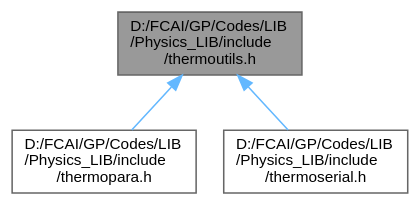
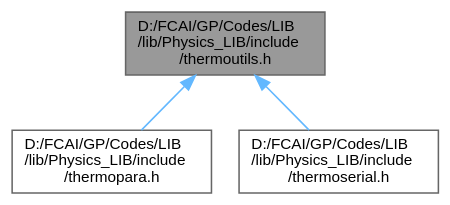
Before and after one commit to Computational-science-based-on-HPC/Computational-science-based-on-HPC.github.i: the diagram in thermoutils_8h__dep__incl.dot, drawn with Graphviz. The commit also changed 103 other files, not shown here.

```diff
--- a/thermoutils_8h__dep__incl.dot
+++ b/thermoutils_8h__dep__incl.dot
@@ -1,12 +1,12 @@
-digraph "D:/FCAI/GP/Codes/LIB/Physics_LIB/include/thermoutils.h"
+digraph "D:/FCAI/GP/Codes/LIB/lib/Physics_LIB/include/thermoutils.h"
 {
  // LATEX_PDF_SIZE
   bgcolor="transparent";
   edge [fontname=Helvetica,fontsize=10,labelfontname=Helvetica,labelfontsize=10];
   node [fontname=Helvetica,fontsize=10,shape=box,height=0.2,width=0.4];
-  Node1 [id="Node000001",label="D:/FCAI/GP/Codes/LIB\l/Physics_LIB/include\l/thermoutils.h",height=0.2,width=0.4,color="gray40", fillcolor="grey60", style="filled", fontcolor="black",tooltip=" "];
+  Node1 [id="Node000001",label="D:/FCAI/GP/Codes/LIB\l/lib/Physics_LIB/include\l/thermoutils.h",height=0.2,width=0.4,color="gray40", fillcolor="grey60", style="filled", fontcolor="black",tooltip="This file contains the utility functions used by the heat transfer simulation in 1D and 2D to help in..."];
   Node1 -> Node2 [id="edge1_Node000001_Node000002",dir="back",color="steelblue1",style="solid",tooltip=" "];
-  Node2 [id="Node000002",label="D:/FCAI/GP/Codes/LIB\l/Physics_LIB/include\l/thermopara.h",height=0.2,width=0.4,color="grey40", fillcolor="white", style="filled",URL="$thermopara_8h.html",tooltip="This file contains the implementation of the parallel version of the heat transfer simulation in 1D a..."];
+  Node2 [id="Node000002",label="D:/FCAI/GP/Codes/LIB\l/lib/Physics_LIB/include\l/thermopara.h",height=0.2,width=0.4,color="grey40", fillcolor="white", style="filled",URL="$thermopara_8h.html",tooltip="This file contains the implementation of the parallel version of the heat transfer simulation in 1D a..."];
   Node1 -> Node3 [id="edge2_Node000001_Node000003",dir="back",color="steelblue1",style="solid",tooltip=" "];
-  Node3 [id="Node000003",label="D:/FCAI/GP/Codes/LIB\l/Physics_LIB/include\l/thermoserial.h",height=0.2,width=0.4,color="grey40", fillcolor="white", style="filled",URL="$thermoserial_8h.html",tooltip="This file contains the implementation of the serial version of the heat transfer simulation in 1D and..."];
+  Node3 [id="Node000003",label="D:/FCAI/GP/Codes/LIB\l/lib/Physics_LIB/include\l/thermoserial.h",height=0.2,width=0.4,color="grey40", fillcolor="white", style="filled",URL="$thermoserial_8h.html",tooltip="This file contains the implementation of the serial version of the heat transfer simulation in 1D and..."];
 }
```
